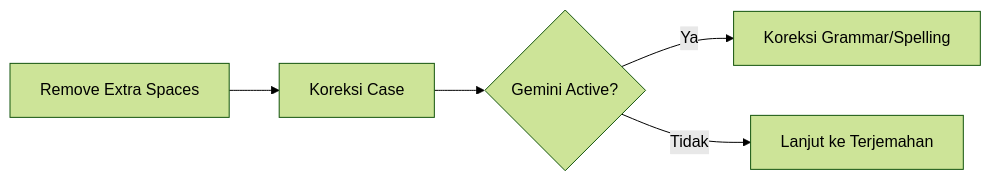
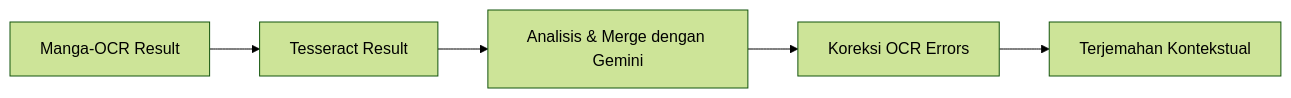
Before and after one commit to irazawa/Manga-OCR: the fifth of 8 diagrams in README.md, drawn with Mermaid (forest theme). The commit also changed other lines of this file and 4 other files, not shown here.

````diff
--- a/README.md
+++ b/README.md
@@ -76,6 +72,4 @@
 ```mermaid
 flowchart LR
-    D1[Remove Extra Spaces] --> D2[Koreksi Case] --> D3{Gemini Active?}
-    D3 -->|Ya| D4[Koreksi Grammar/Spelling]
-    D3 -->|Tidak| D5[Lanjut ke Terjemahan]
+    D1[Manga-OCR Result] --> D2[Tesseract Result] --> D3[Analisis & Merge dengan Gemini] --> D4[Koreksi OCR Errors] --> D5[Terjemahan Kontekstual]
 ```
````
